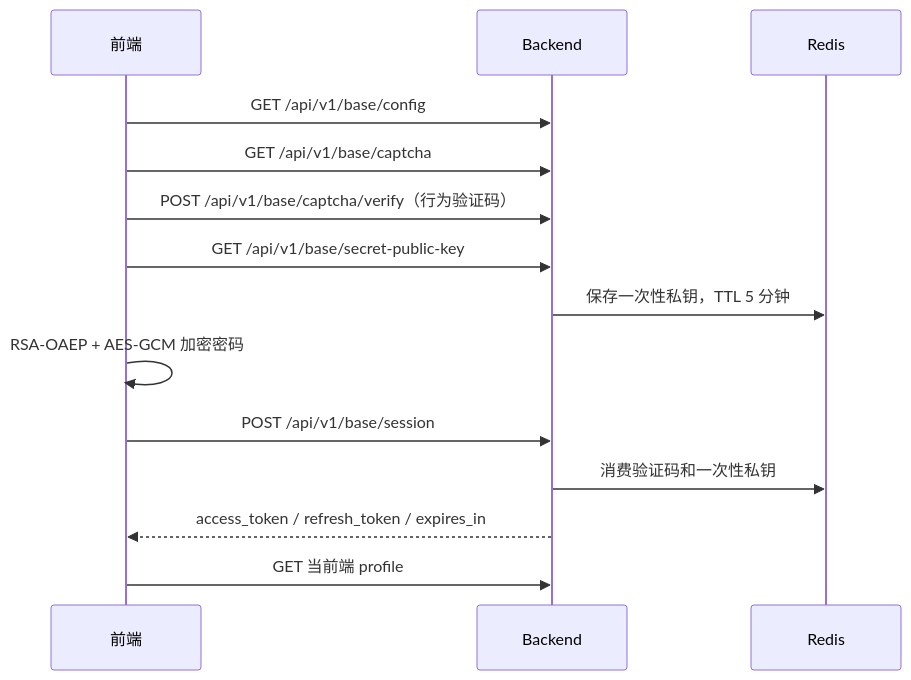
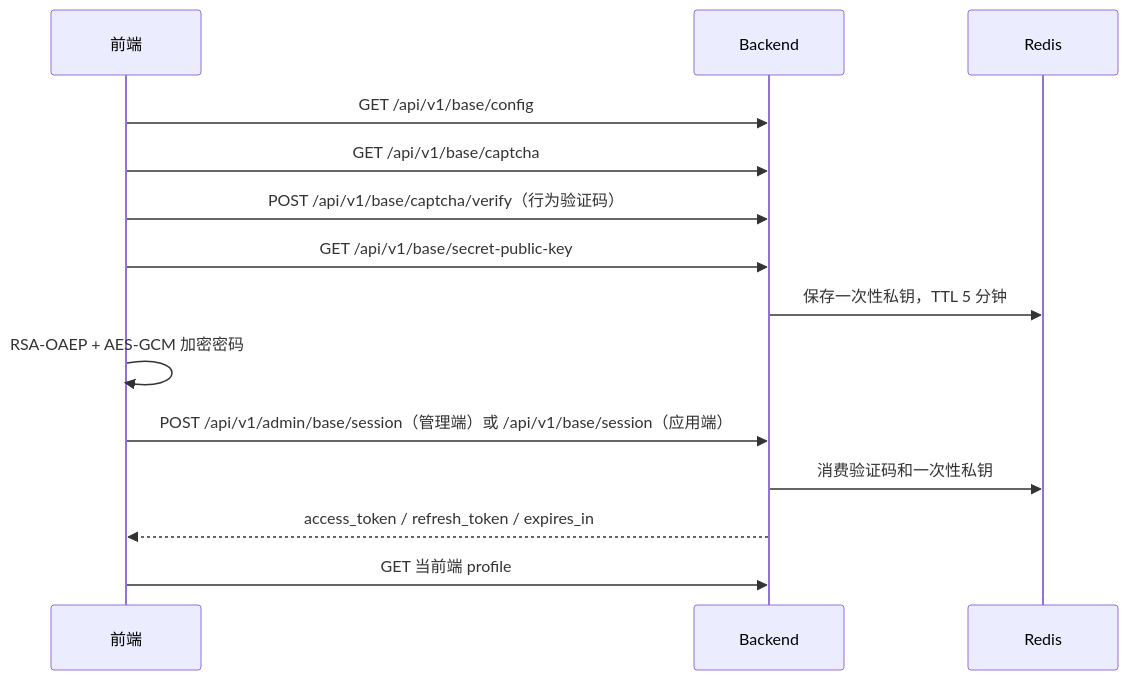
The diagram in docs/登录与密码加密流程.md (liujitcn/kratos-admin), drawn with Mermaid before and after one commit. The commit also changed other lines of this file and 111 other files, not shown here.

````diff
--- a/docs/登录与密码加密流程.md
+++ b/docs/登录与密码加密流程.md
@@ -7,16 +7,16 @@
 ```mermaid
 sequenceDiagram
   participant UI as 前端
   participant API as Backend
   participant Cache as Redis
   UI->>API: GET /api/v1/base/config
   UI->>API: GET /api/v1/base/captcha
   UI->>API: POST /api/v1/base/captcha/verify（行为验证码）
   UI->>API: GET /api/v1/base/secret-public-key
   API->>Cache: 保存一次性私钥，TTL 5 分钟
   UI->>UI: RSA-OAEP + AES-GCM 加密密码
-  UI->>API: POST /api/v1/base/session
+  UI->>API: POST /api/v1/admin/base/session（管理端）或 /api/v1/base/session（应用端）
   API->>Cache: 消费验证码和一次性私钥
   API-->>UI: access_token / refresh_token / expires_in
   UI->>API: GET 当前端 profile
 ```
````
